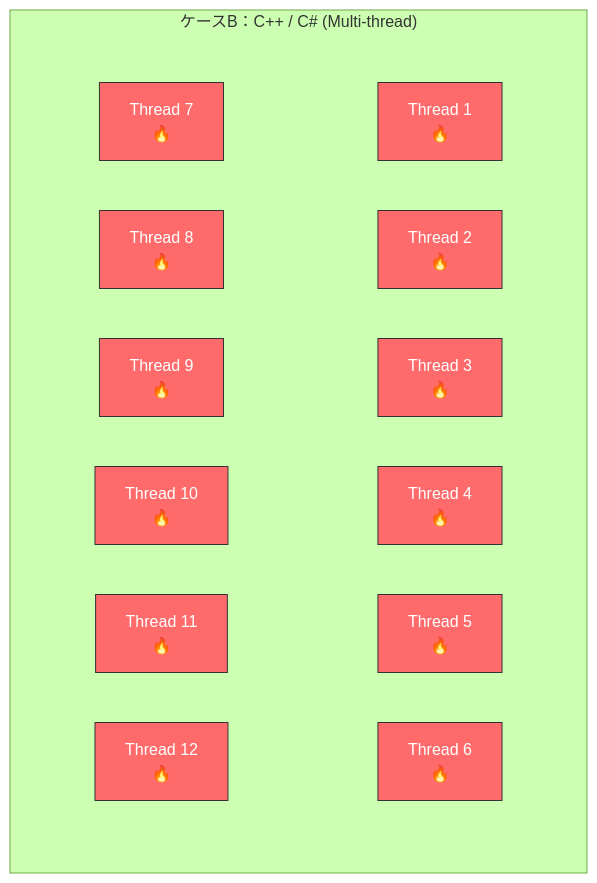
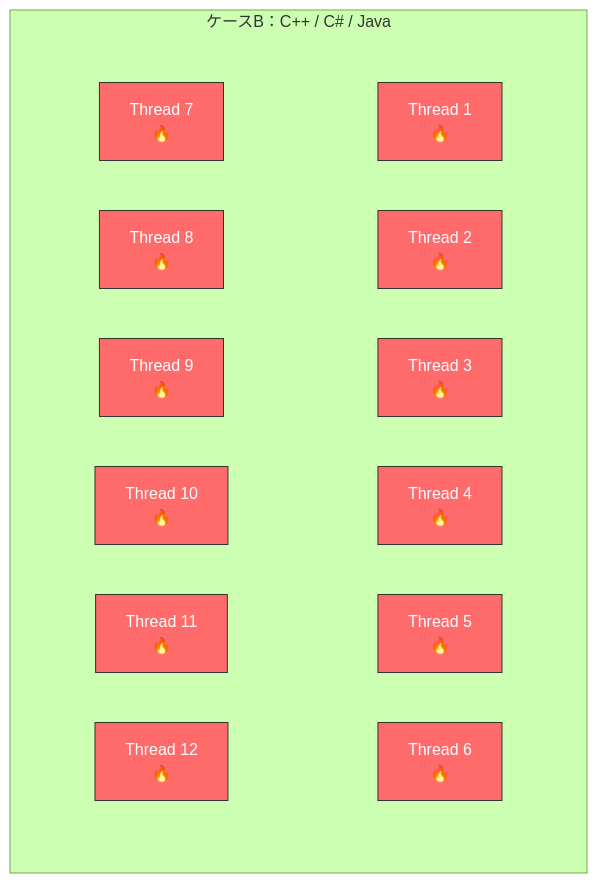
Before and after one commit to komiyamma/site_ichika_study_async_await_fetch: the fifth of 6 diagrams in D01.md, drawn with Mermaid (forest theme).

Commit message:
fix: C++ / C# のセクションに Java を追加
D01.mdのC++ / C#のケース名を「C++ / C# / Java」に変更しました。

````diff
--- a/D01.md
+++ b/D01.md
@@ -306,47 +306,47 @@
 ```mermaid
 graph TB
-    subgraph CPP_CPU["ケースB：C++ / C# (Multi-thread)"]
+    subgraph CPP_CPU["ケースB：C++ / C# / Java"]
         direction TB
 
         %% 1段目（1〜6）
         subgraph row1[ ]
             direction LR
             C1["Thread 1<br/>🔥"]
             C2["Thread 2<br/>🔥"]
             C3["Thread 3<br/>🔥"]
             C4["Thread 4<br/>🔥"]
             C5["Thread 5<br/>🔥"]
             C6["Thread 6<br/>🔥"]
         end
 
         %% 2段目（7〜12）
         subgraph row2[ ]
             direction LR
             C7["Thread 7<br/>🔥"]
             C8["Thread 8<br/>🔥"]
             C9["Thread 9<br/>🔥"]
             C10["Thread 10<br/>🔥"]
             C11["Thread 11<br/>🔥"]
             C12["Thread 12<br/>🔥"]
         end
 
         %% ノードの色設定
         style C1 fill:#ff6b6b,stroke:#333,color:white
         style C2 fill:#ff6b6b,stroke:#333,color:white
         style C3 fill:#ff6b6b,stroke:#333,color:white
         style C4 fill:#ff6b6b,stroke:#333,color:white
         style C5 fill:#ff6b6b,stroke:#333,color:white
         style C6 fill:#ff6b6b,stroke:#333,color:white
         style C7 fill:#ff6b6b,stroke:#333,color:white
         style C8 fill:#ff6b6b,stroke:#333,color:white
         style C9 fill:#ff6b6b,stroke:#333,color:white
         style C10 fill:#ff6b6b,stroke:#333,color:white
         style C11 fill:#ff6b6b,stroke:#333,color:white
         style C12 fill:#ff6b6b,stroke:#333,color:white
 
         %% 行サブグラフの枠線を消したい場合
         style row1 fill:transparent,stroke-width:0px
         style row2 fill:transparent,stroke-width:0px
     end
 
 ```
````
